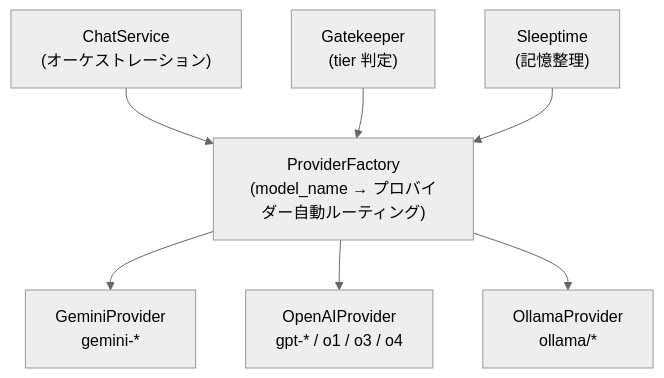
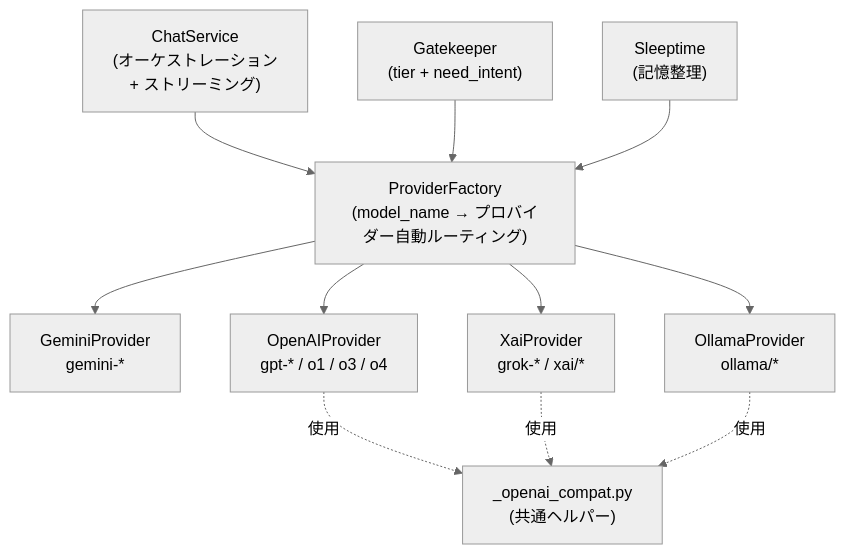
The fifth of 7 diagrams in docs/DIAGRAMS.ja.md (unagisann/Butly), drawn with Mermaid (neutral theme) before and after one commit. The commit also changed other lines of this file and 19 other files, not shown here.

````diff
--- a/docs/DIAGRAMS.ja.md
+++ b/docs/DIAGRAMS.ja.md
@@ -126,17 +128,23 @@
 ```mermaid
 flowchart TD
-    CS["ChatService<br/>(オーケストレーション)"]
-    GK["Gatekeeper<br/>(tier 判定)"]
+    CS["ChatService<br/>(オーケストレーション<br/>+ ストリーミング)"]
+    GK["Gatekeeper<br/>(tier + need_intent)"]
     HK["Sleeptime<br/>(記憶整理)"]
     PF["ProviderFactory<br/>(model_name → プロバイダー自動ルーティング)"]
     GE["GeminiProvider<br/>gemini-*"]
     OA["OpenAIProvider<br/>gpt-* / o1 / o3 / o4"]
+    XA["XaiProvider<br/>grok-* / xai/*"]
     OL["OllamaProvider<br/>ollama/*"]
+    CMP["_openai_compat.py<br/>(共通ヘルパー)"]
 
     CS --> PF
     GK --> PF
     HK --> PF
     PF --> GE
     PF --> OA
+    PF --> XA
     PF --> OL
+    OA -.->|使用| CMP
+    XA -.->|使用| CMP
+    OL -.->|使用| CMP
 ```
````
